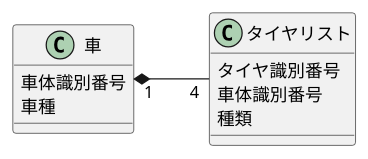
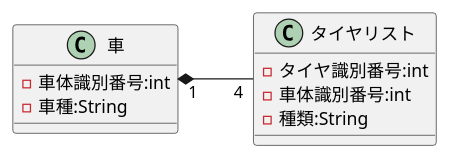
One commit to yoshidasen/uml-introduction changed the diagram in 演習3-4_クラス図.pu. Above: the diagram before and after it, drawn with PlantUML.

Commit message:
演習3-4 修正

```diff
--- a/演習3-4_クラス図.pu
+++ b/演習3-4_クラス図.pu
@@ -2,14 +2,14 @@
 @startuml 車
     left to right direction
     class "車" as C1 {
-        車体識別番号
-        車種
+        - 車体識別番号:int
+        - 車種:String
     }
     class "タイヤリスト" as C2 {
-        タイヤ識別番号
-        車体識別番号
-        種類
+        - タイヤ識別番号:int
+        - 車体識別番号:int
+        - 種類:String
     }
 
     C1 "1" *-- "4" C2 
 @enduml
```
